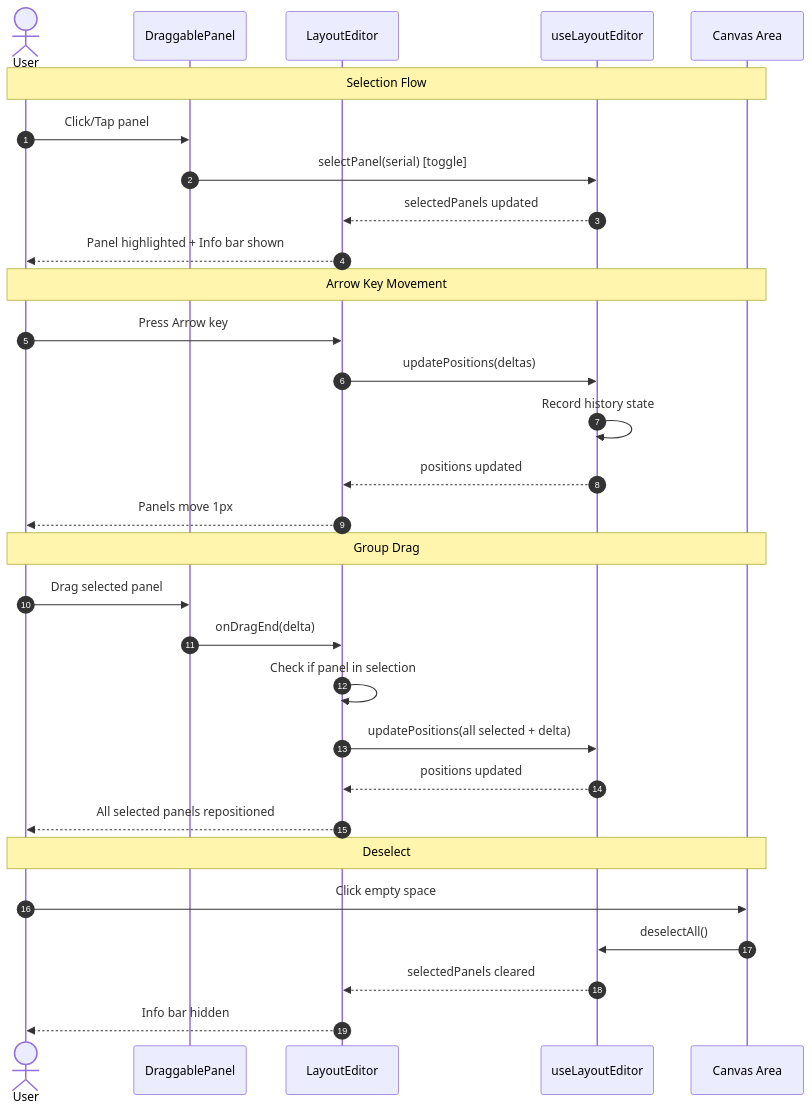
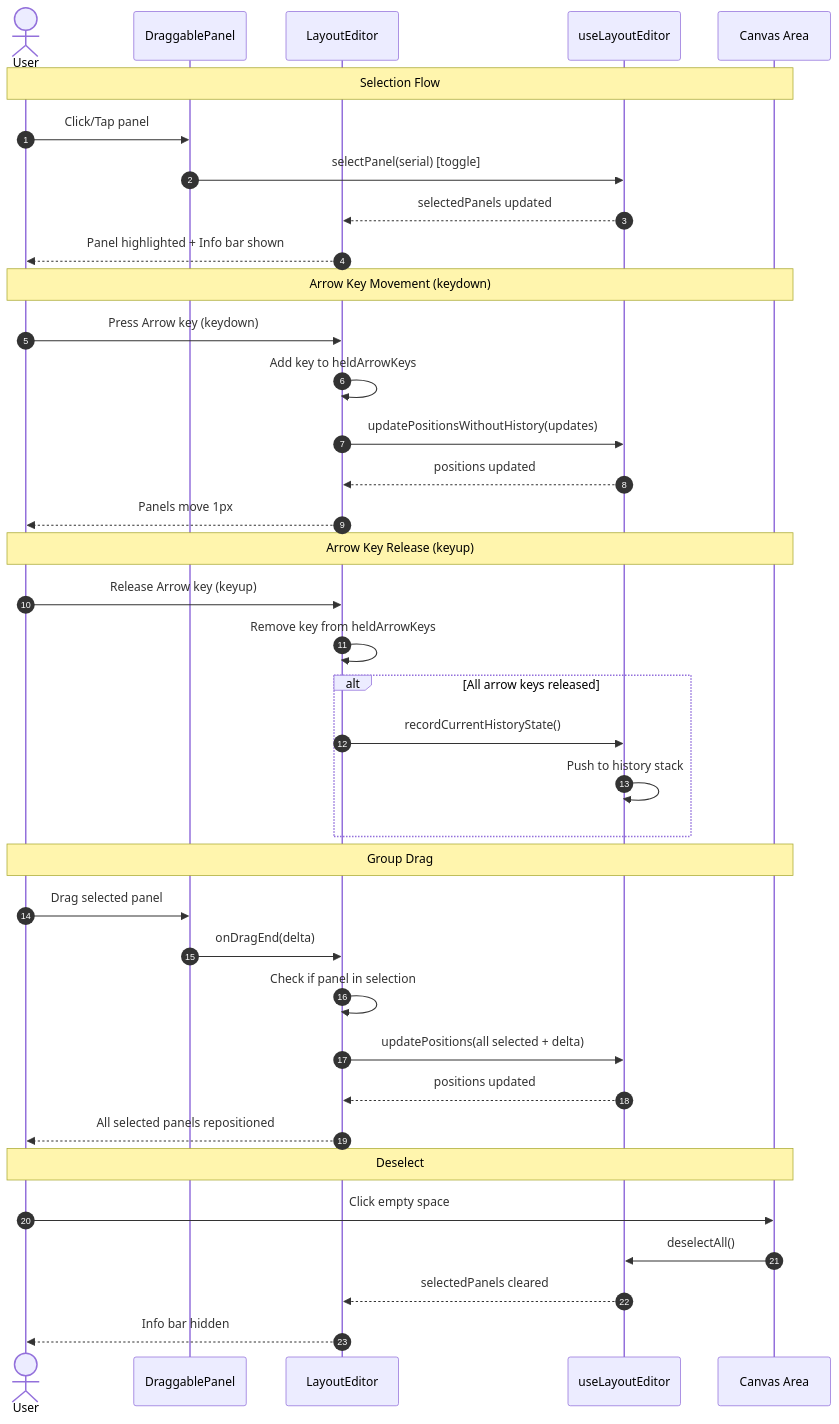
The diagram in docs/specs/2026-01-24-panel-selection-movement.md (iscofield/realtime-tigo-monitor), drawn with Mermaid before and after one commit. The commit also changed other lines of this file and 4 other files, not shown here.

````diff
--- a/docs/specs/2026-01-24-panel-selection-movement.md
+++ b/docs/specs/2026-01-24-panel-selection-movement.md
@@ -266,36 +588,44 @@
 ```mermaid
 sequenceDiagram
     autonumber
     actor User
     participant Panel as DraggablePanel
     participant Editor as LayoutEditor
     participant State as useLayoutEditor
     participant Canvas as Canvas Area
 
     Note over User,Canvas: Selection Flow
     User->>Panel: Click/Tap panel
     Panel->>State: selectPanel(serial) [toggle]
     State-->>Editor: selectedPanels updated
     Editor-->>User: Panel highlighted + Info bar shown
 
-    Note over User,Canvas: Arrow Key Movement
-    User->>Editor: Press Arrow key
-    Editor->>State: updatePositions(deltas)
-    State->>State: Record history state
+    Note over User,Canvas: Arrow Key Movement (keydown)
+    User->>Editor: Press Arrow key (keydown)
+    Editor->>Editor: Add key to heldArrowKeys
+    Editor->>State: updatePositionsWithoutHistory(updates)
     State-->>Editor: positions updated
     Editor-->>User: Panels move 1px
+
+    Note over User,Canvas: Arrow Key Release (keyup)
+    User->>Editor: Release Arrow key (keyup)
+    Editor->>Editor: Remove key from heldArrowKeys
+    alt All arrow keys released
+        Editor->>State: recordCurrentHistoryState()
+        State->>State: Push to history stack
+    end
 
     Note over User,Canvas: Group Drag
     User->>Panel: Drag selected panel
     Panel->>Editor: onDragEnd(delta)
     Editor->>Editor: Check if panel in selection
     Editor->>State: updatePositions(all selected + delta)
     State-->>Editor: positions updated
     Editor-->>User: All selected panels repositioned
 
     Note over User,Canvas: Deselect
     User->>Canvas: Click empty space
     Canvas->>State: deselectAll()
     State-->>Editor: selectedPanels cleared
     Editor-->>User: Info bar hidden
 ```
````
